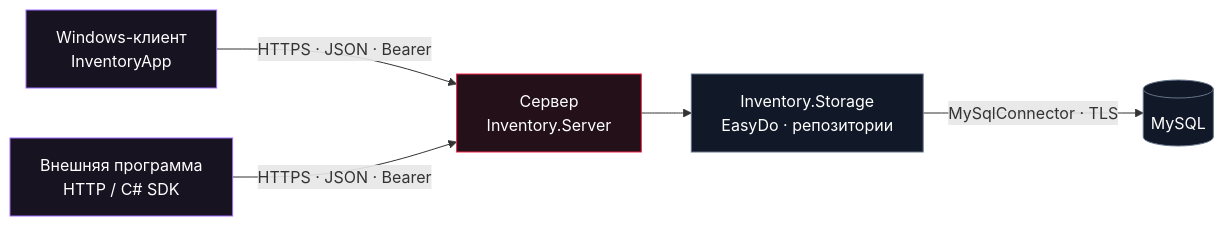
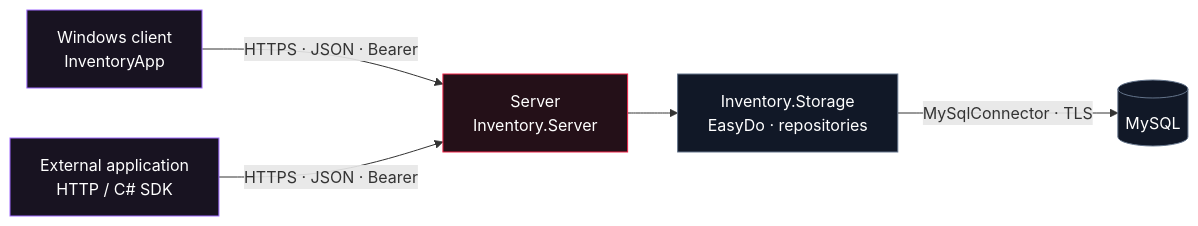
Before and after one commit to TikTak-creator/InventorySystem: the diagram in README.md, drawn with Mermaid. The commit also changed other lines of this file and 1 other file, not shown here.

Commit message:
Add English and Russian READMEs for the server edition

````diff
--- a/README.md
+++ b/README.md
@@ -123,14 +124,14 @@
 ```mermaid
 flowchart LR
-    UI["Windows-клиент<br/>InventoryApp"] -->|HTTPS · JSON · Bearer| API["Сервер<br/>Inventory.Server"]
-    EXT["Внешняя программа<br/>HTTP / C# SDK"] -->|HTTPS · JSON · Bearer| API
-    API --> DATA["Inventory.Storage<br/>EasyDo · репозитории"]
+    UI["Windows client<br/>InventoryApp"] -->|HTTPS · JSON · Bearer| API["Server<br/>Inventory.Server"]
+    EXT["External application<br/>HTTP / C# SDK"] -->|HTTPS · JSON · Bearer| API
+    API --> DATA["Inventory.Storage<br/>EasyDo · repositories"]
     DATA -->|MySqlConnector · TLS| DB[(MySQL)]
 
     classDef client fill:#181321,stroke:#9F6AFF,color:#ffffff;
     classDef server fill:#241018,stroke:#F02549,color:#ffffff;
     classDef storage fill:#111827,stroke:#64748b,color:#ffffff;
     class UI,EXT client;
     class API server;
     class DATA,DB storage;
 ```
````
